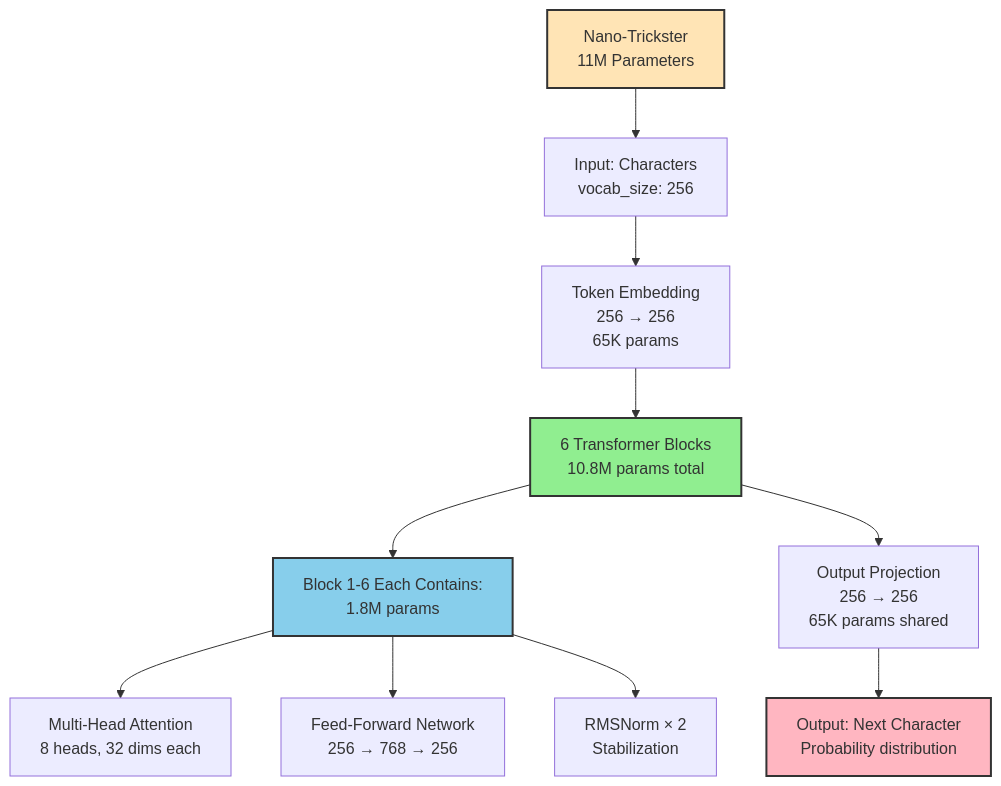
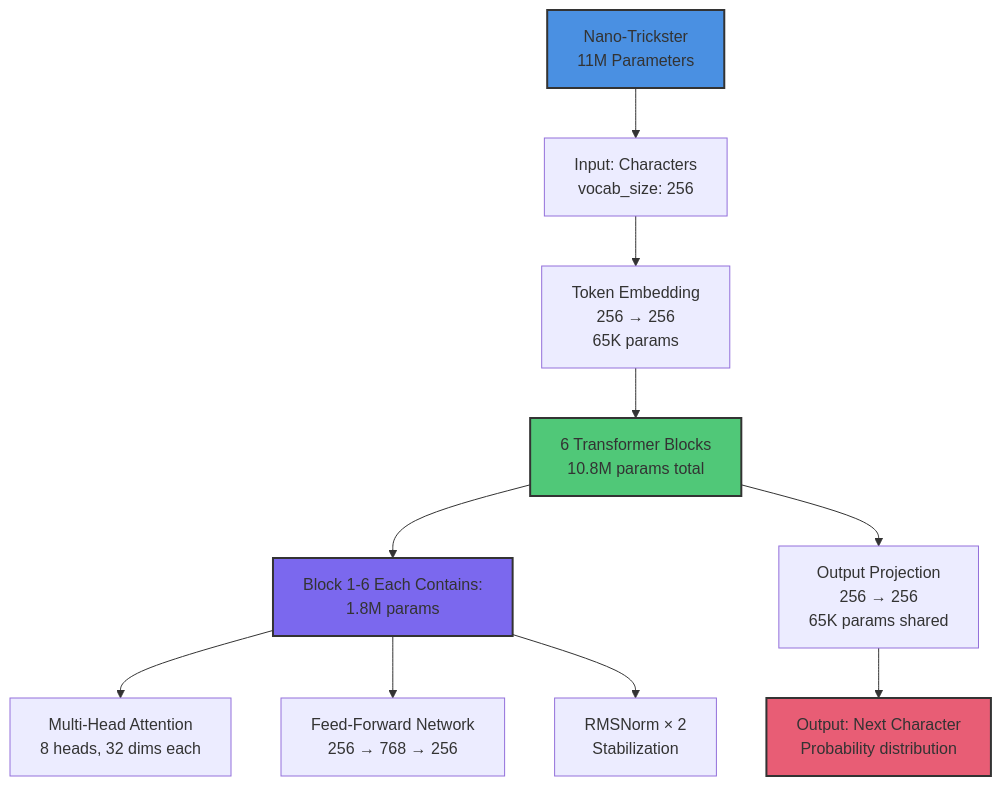
The second of 10 diagrams in content/lessons/ct8-training-from-scratch.md (tenstorrent/tt-vscode-toolkit), drawn with Mermaid before and after one commit. The commit also changed other lines of this file and 9 other files, not shown here.

````diff
--- a/content/lessons/ct8-training-from-scratch.md
+++ b/content/lessons/ct8-training-from-scratch.md
@@ -106,19 +106,19 @@
 ```mermaid
 graph TD
     A[Nano-Trickster<br/>11M Parameters] --> B[Input: Characters<br/>vocab_size: 256]
     B --> C[Token Embedding<br/>256 → 256<br/>65K params]
     C --> D[6 Transformer Blocks<br/>10.8M params total]
 
     D --> E[Block 1-6 Each Contains:<br/>1.8M params]
     E --> F[Multi-Head Attention<br/>8 heads, 32 dims each]
     E --> G[Feed-Forward Network<br/>256 → 768 → 256]
     E --> H[RMSNorm × 2<br/>Stabilization]
 
     D --> I[Output Projection<br/>256 → 256<br/>65K params shared]
     I --> J[Output: Next Character<br/>Probability distribution]
 
-    style A fill:#FFE4B5,stroke:#333,stroke-width:2px
-    style D fill:#90EE90,stroke:#333,stroke-width:2px
-    style E fill:#87CEEB,stroke:#333,stroke-width:2px
-    style J fill:#FFB6C1,stroke:#333,stroke-width:2px
+    style A fill:#4A90E2,stroke:#333,stroke-width:2px
+    style D fill:#50C878,stroke:#333,stroke-width:2px
+    style E fill:#7B68EE,stroke:#333,stroke-width:2px
+    style J fill:#E85D75,stroke:#333,stroke-width:2px
 ```
````
